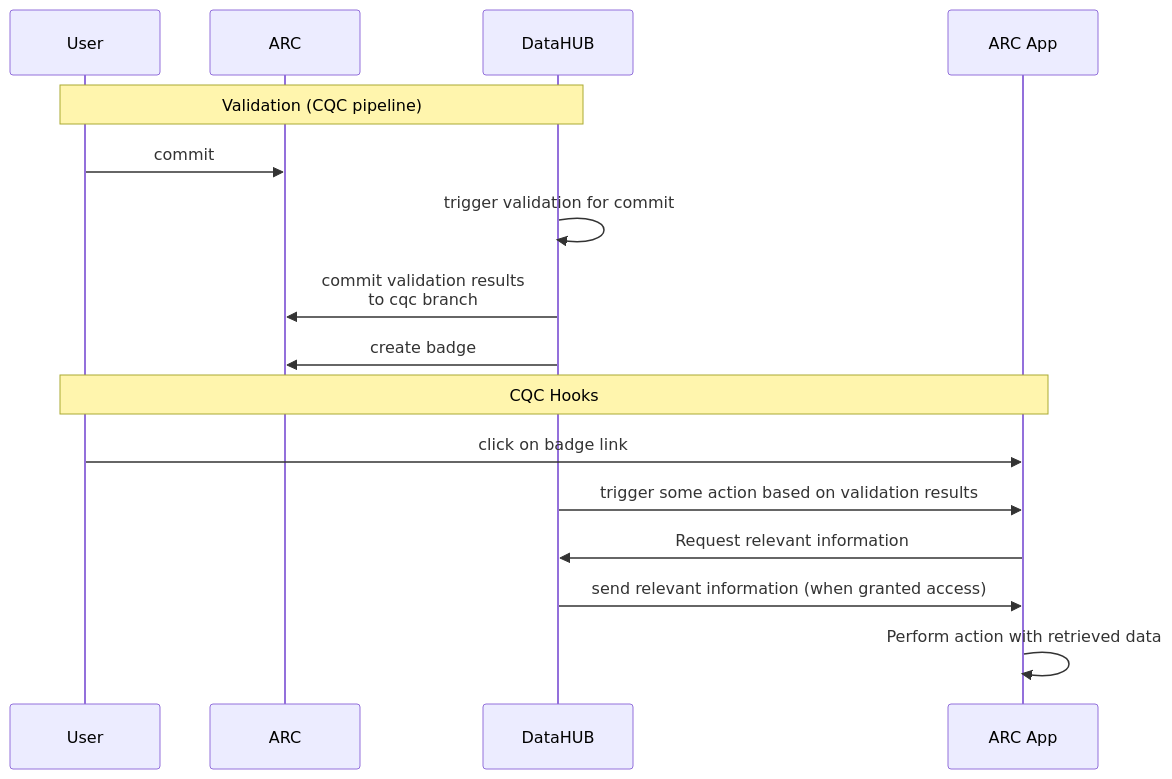
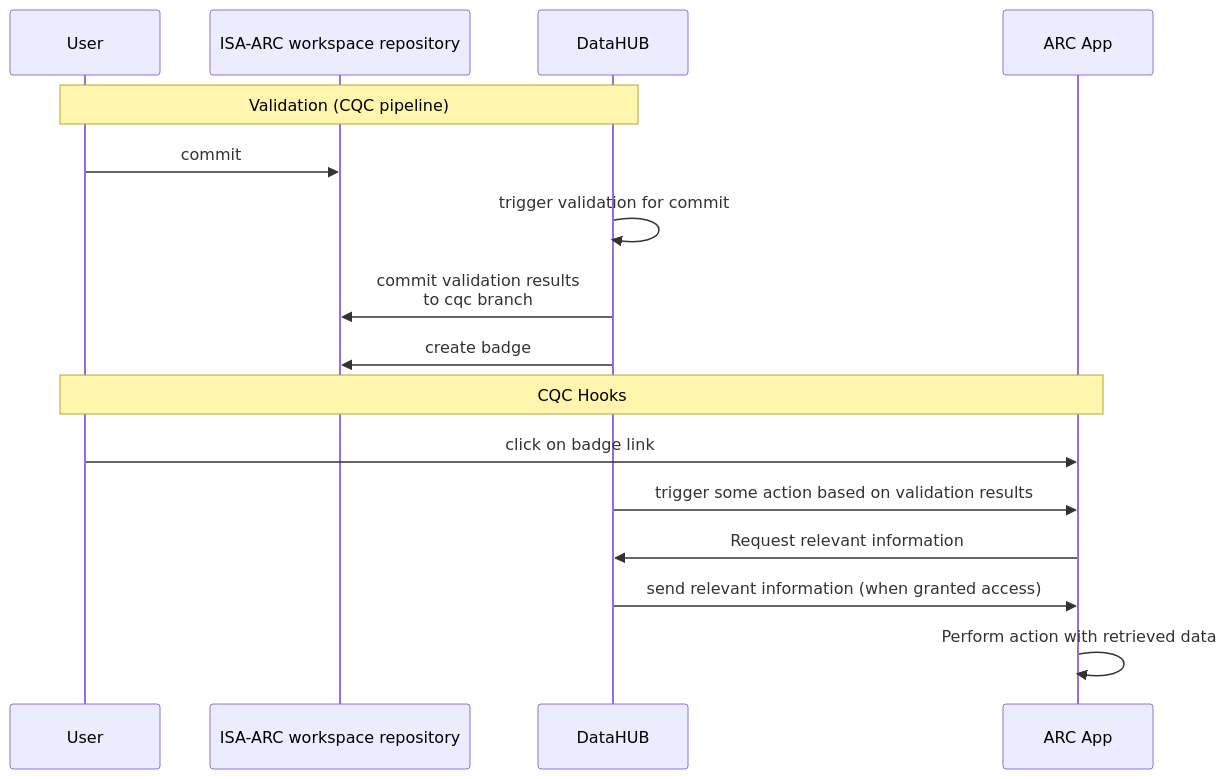
The diagram in ISA-ARC-Workspace.md (nfdi4plants/ISA-ARC-Workspace), drawn with Mermaid before and after one commit. The commit also changed other lines of this file and 2 other files, not shown here.

Commit message:
docs: scope ISA-ARC specification to DataPLANT workspaces

````diff
--- a/ISA-ARC-Workspace.md
+++ b/ISA-ARC-Workspace.md
@@ -657,20 +669,20 @@
 ```mermaid
 sequenceDiagram
 
     participant User
-    participant ARC
+    participant ARC as ISA-ARC workspace repository
     participant DataHUB
     participant ARC App
 
     Note over User, DataHUB: Validation (CQC pipeline)
     User ->> ARC : commit
     DataHUB ->> DataHUB : trigger validation for commit
     DataHUB ->> ARC : commit validation results <br> to cqc branch
     DataHUB ->> ARC : create badge
     Note over User, ARC App: CQC Hooks
     User ->> ARC App : click on badge link
     DataHUB ->> ARC App : trigger some action based on validation results
     ARC App ->> DataHUB : Request relevant information
     DataHUB ->> ARC App : send relevant information (when granted access)
     ARC App ->> ARC App : Perform action with retrieved data
 ```
````
